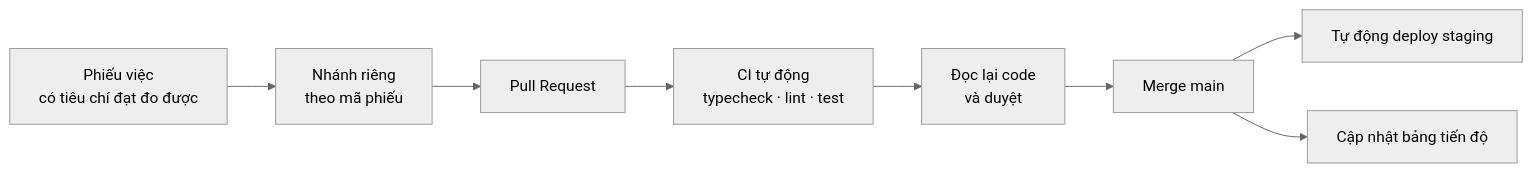
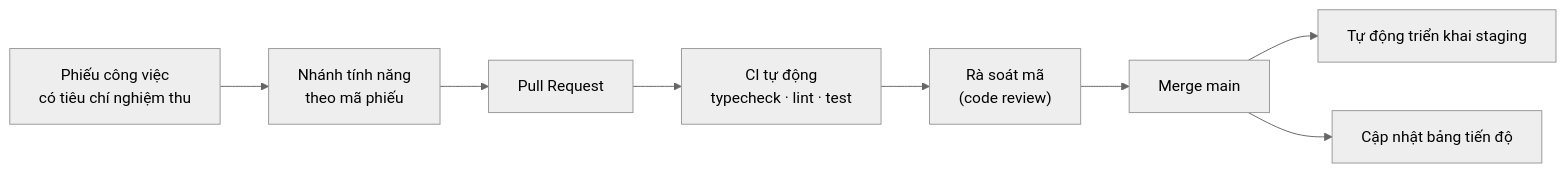
The sixth of 6 diagrams in docs/bao_cao_thuyet_trinh/BAO_CAO_DU_AN.md (ThanhThien-coder/HackathonSGU-MeoMeo), drawn with Mermaid (neutral theme) before and after one commit. The commit also changed other lines of this file, not shown here.

````diff
--- a/docs/bao_cao_thuyet_trinh/BAO_CAO_DU_AN.md
+++ b/docs/bao_cao_thuyet_trinh/BAO_CAO_DU_AN.md
@@ -817,10 +881,10 @@
 ```mermaid
 flowchart LR
-    T["Phiếu việc<br/>có tiêu chí đạt đo được"] --> BR["Nhánh riêng<br/>theo mã phiếu"]
+    T["Phiếu công việc<br/>có tiêu chí nghiệm thu"] --> BR["Nhánh tính năng<br/>theo mã phiếu"]
     BR --> PR["Pull Request"]
     PR --> CI["CI tự động<br/>typecheck · lint · test"]
-    CI --> RV["Đọc lại code<br/>và duyệt"]
+    CI --> RV["Rà soát mã<br/>(code review)"]
     RV --> MG["Merge main"]
-    MG --> DP["Tự động deploy staging"]
+    MG --> DP["Tự động triển khai staging"]
     MG --> TD["Cập nhật bảng tiến độ"]
 ```
````
